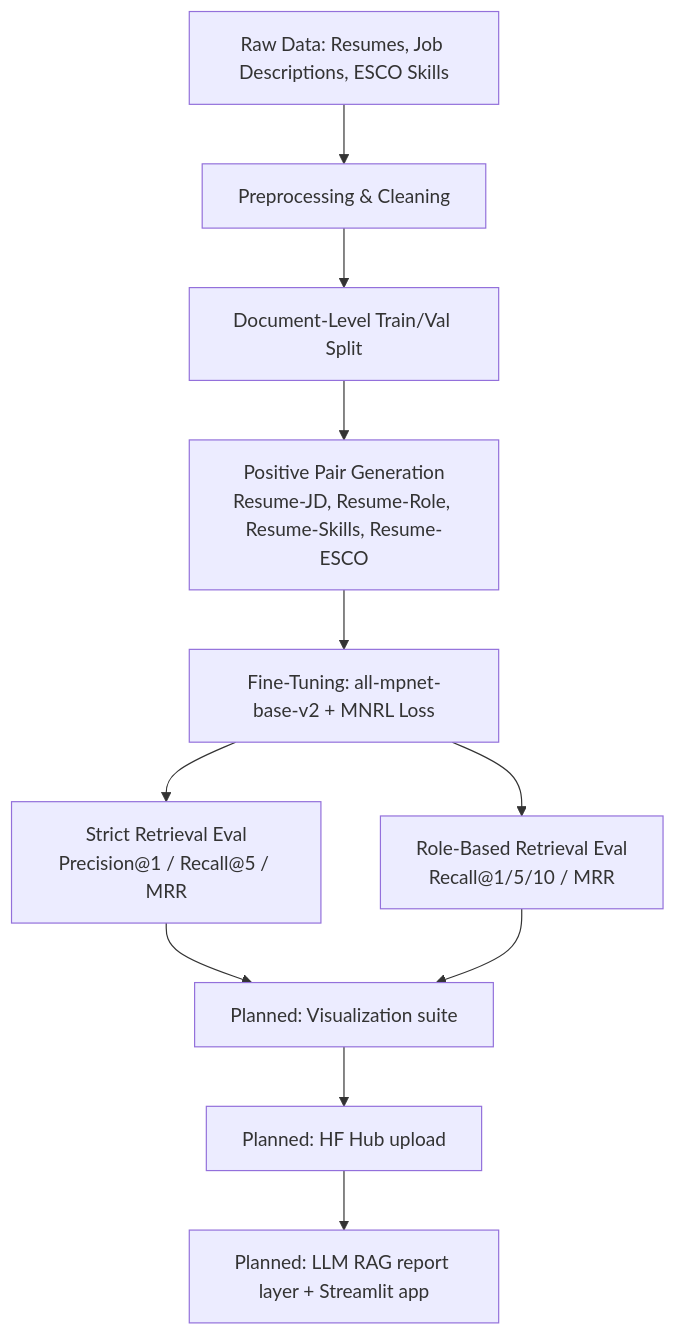
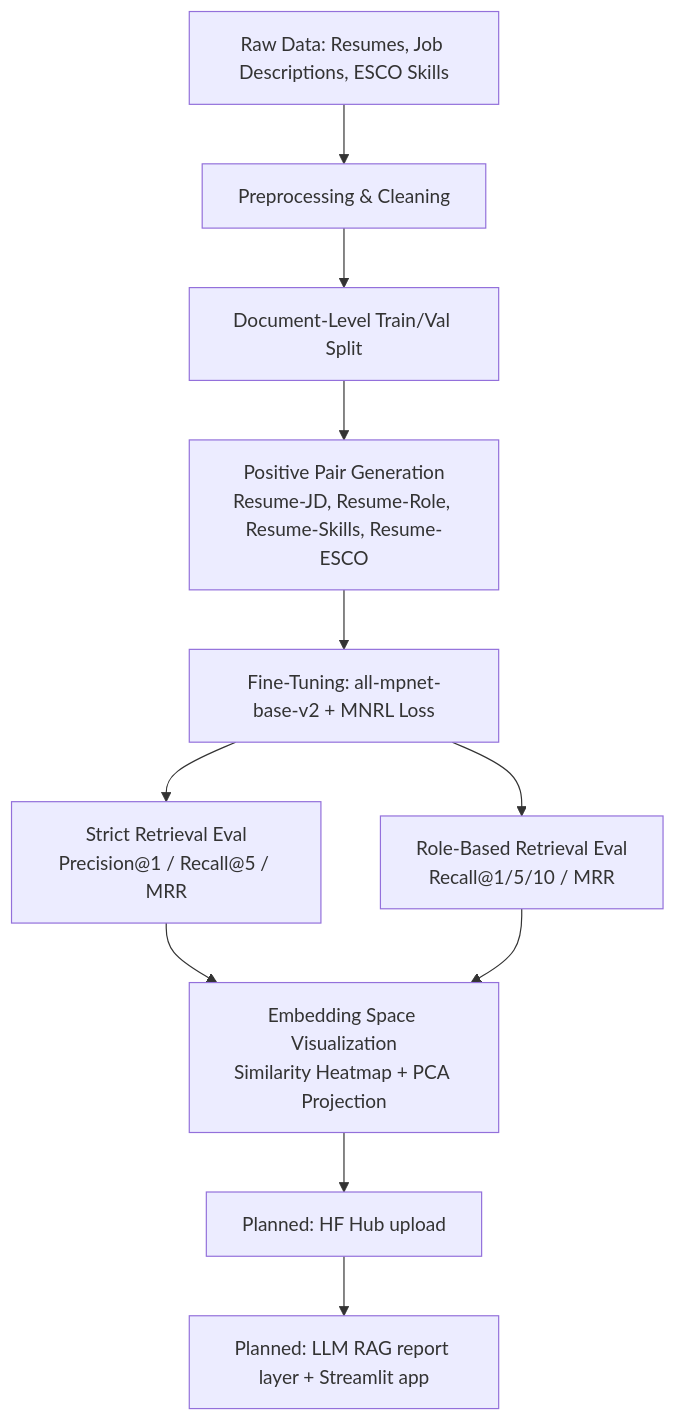
The diagram in README.md (Hari-jith/Semantic-Resume-to-Job-Alignment-Matrix), drawn with Mermaid before and after one commit. The commit also changed other lines of this file, not shown here.

First line of the commit message:
Add visualizations for embedding space analysis

````diff
--- a/README.md
+++ b/README.md
@@ -42,13 +43,13 @@
 ```mermaid
 graph TD
     A[Raw Data: Resumes, Job Descriptions, ESCO Skills] --> B[Preprocessing & Cleaning]
     B --> C[Document-Level Train/Val Split]
     C --> D[Positive Pair Generation<br/>Resume-JD, Resume-Role, Resume-Skills, Resume-ESCO]
     D --> E[Fine-Tuning: all-mpnet-base-v2 + MNRL Loss]
     E --> F1[Strict Retrieval Eval<br/>Precision@1 / Recall@5 / MRR]
     E --> F2[Role-Based Retrieval Eval<br/>Recall@1/5/10 / MRR]
-    F1 --> G[Planned: Visualization suite]
+    F1 --> G[Embedding Space Visualization<br/>Similarity Heatmap + PCA Projection]
     F2 --> G
     G --> H[Planned: HF Hub upload]
     H --> I[Planned: LLM RAG report layer + Streamlit app]
 ```
````
